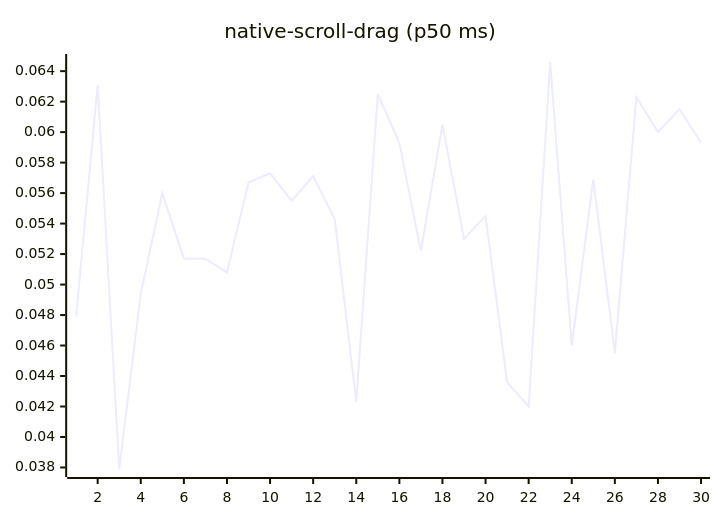
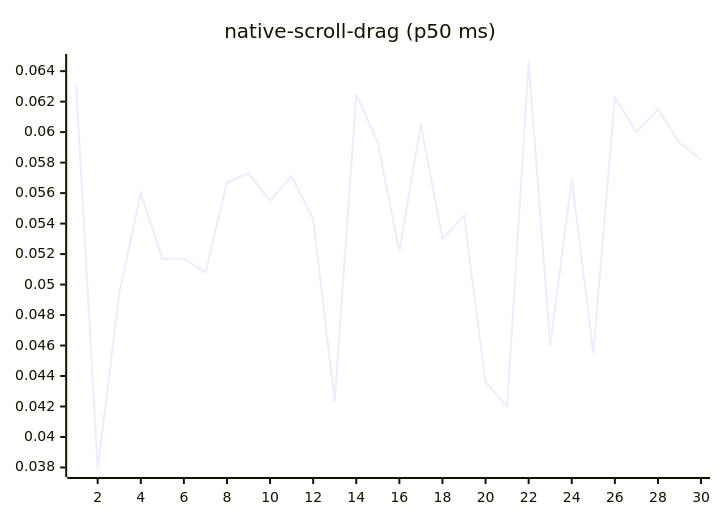
Before and after one commit to josha/Facet: diagram 14 of 27 in README.md, drawn with Mermaid. The commit also changed other lines of this file and 2 other files, not shown here.

````diff
--- a/README.md
+++ b/README.md
@@ -154,6 +154,6 @@
 ```mermaid
 xychart-beta
     title "native-scroll-drag (p50 ms)"
     x-axis 1 --> 30
-    line [0.0479, 0.0631, 0.0379, 0.0494, 0.0560, 0.0517, 0.0517, 0.0508, 0.0567, 0.0573, 0.0555, 0.0571, 0.0543, 0.0423, 0.0625, 0.0593, 0.0522, 0.0605, 0.0530, 0.0545, 0.0436, 0.0420, 0.0646, 0.0460, 0.0569, 0.0455, 0.0623, 0.0600, 0.0615, 0.0593]
+    line [0.0631, 0.0379, 0.0494, 0.0560, 0.0517, 0.0517, 0.0508, 0.0567, 0.0573, 0.0555, 0.0571, 0.0543, 0.0423, 0.0625, 0.0593, 0.0522, 0.0605, 0.0530, 0.0545, 0.0436, 0.0420, 0.0646, 0.0460, 0.0569, 0.0455, 0.0623, 0.0600, 0.0615, 0.0593, 0.0582]
 ```
````
